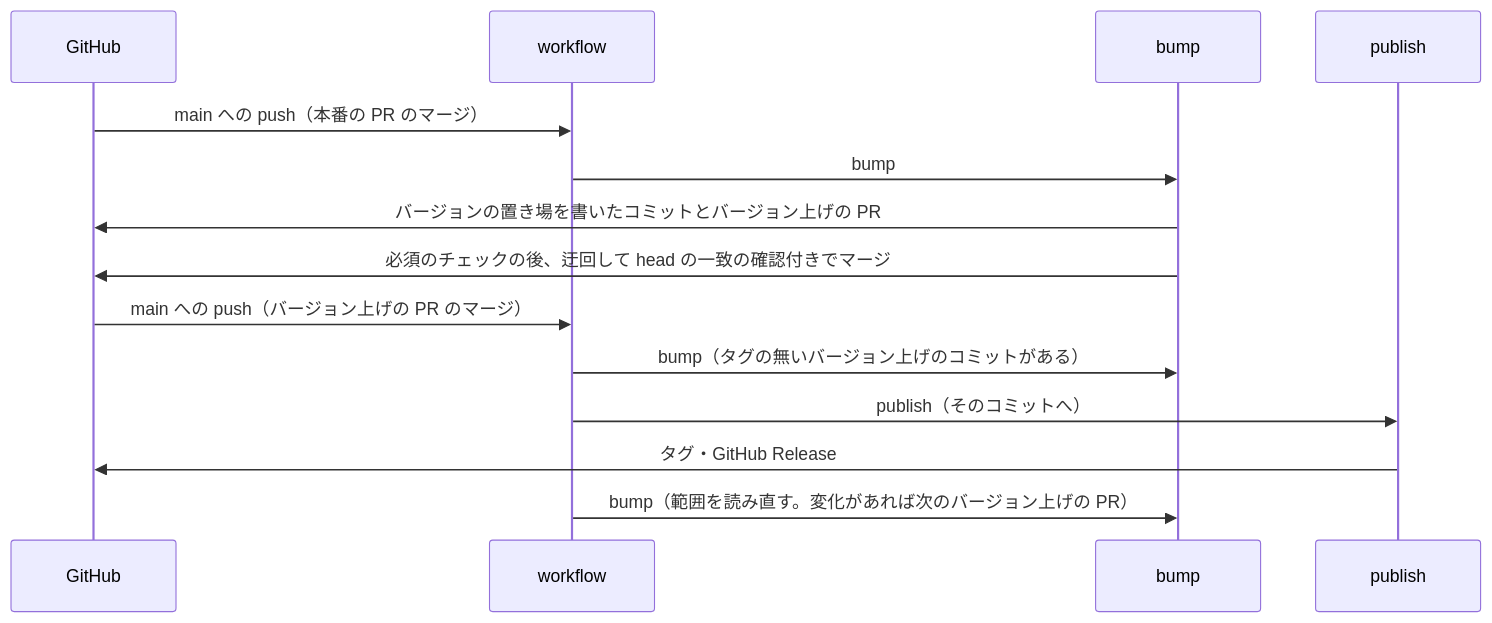
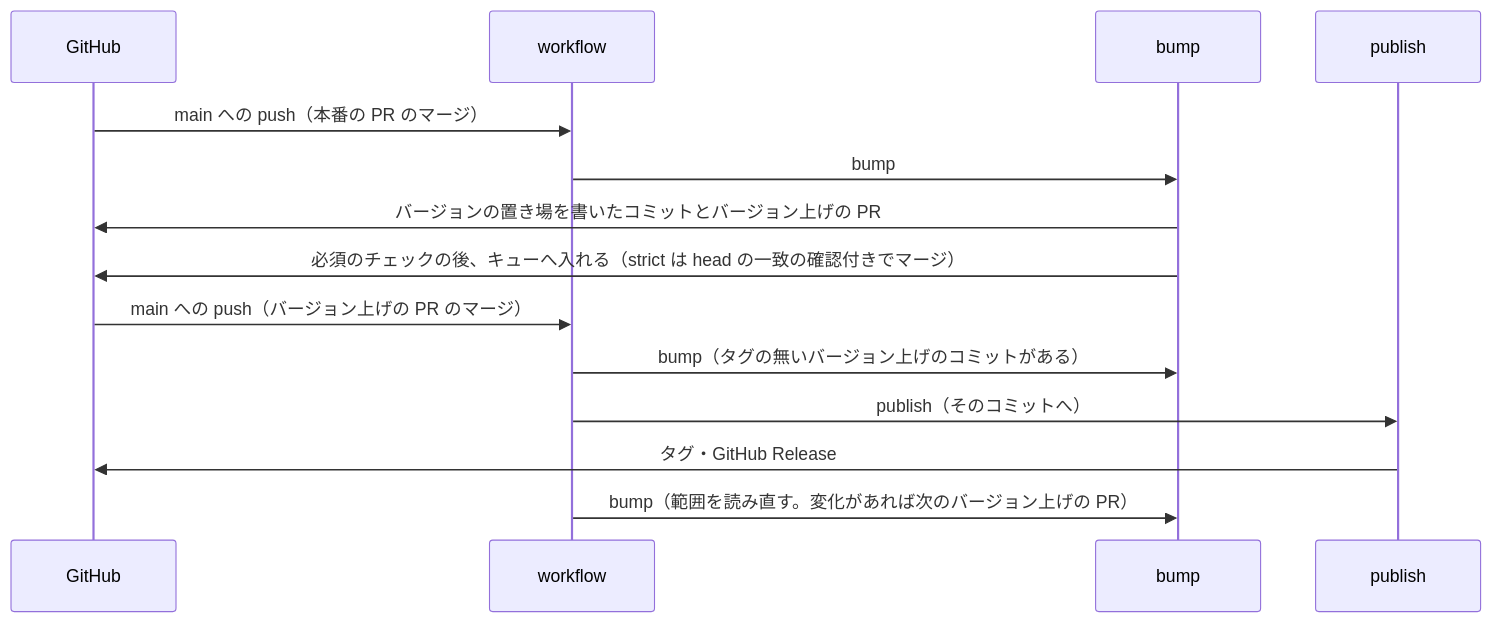
Before and after one commit to devbasex/ai-plugins: the third of 4 diagrams in issues/issue-3572-design.md, drawn with Mermaid. The commit also changed other lines of this file and 2 other files, not shown here.

````diff
--- a/issues/issue-3572-design.md
+++ b/issues/issue-3572-design.md
@@ -384,16 +385,16 @@
 ```mermaid
 sequenceDiagram
     participant H as GitHub
     participant W as workflow
     participant B as bump
     participant T as publish
     H->>W: main への push（本番の PR のマージ）
     W->>B: bump
     B->>H: バージョンの置き場を書いたコミットとバージョン上げの PR
-    B->>H: 必須のチェックの後、迂回して head の一致の確認付きでマージ
+    B->>H: 必須のチェックの後、キューへ入れる（strict は head の一致の確認付きでマージ）
     H->>W: main への push（バージョン上げの PR のマージ）
     W->>B: bump（タグの無いバージョン上げのコミットがある）
     W->>T: publish（そのコミットへ）
     T->>H: タグ・GitHub Release
     W->>B: bump（範囲を読み直す。変化があれば次のバージョン上げの PR）
 ```
````
